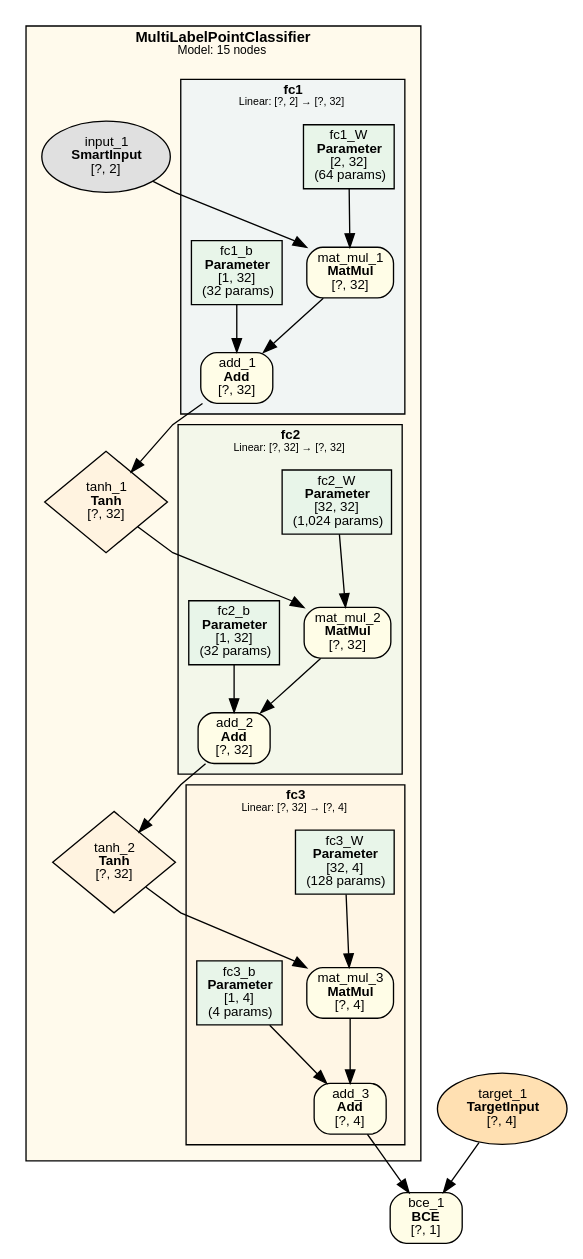
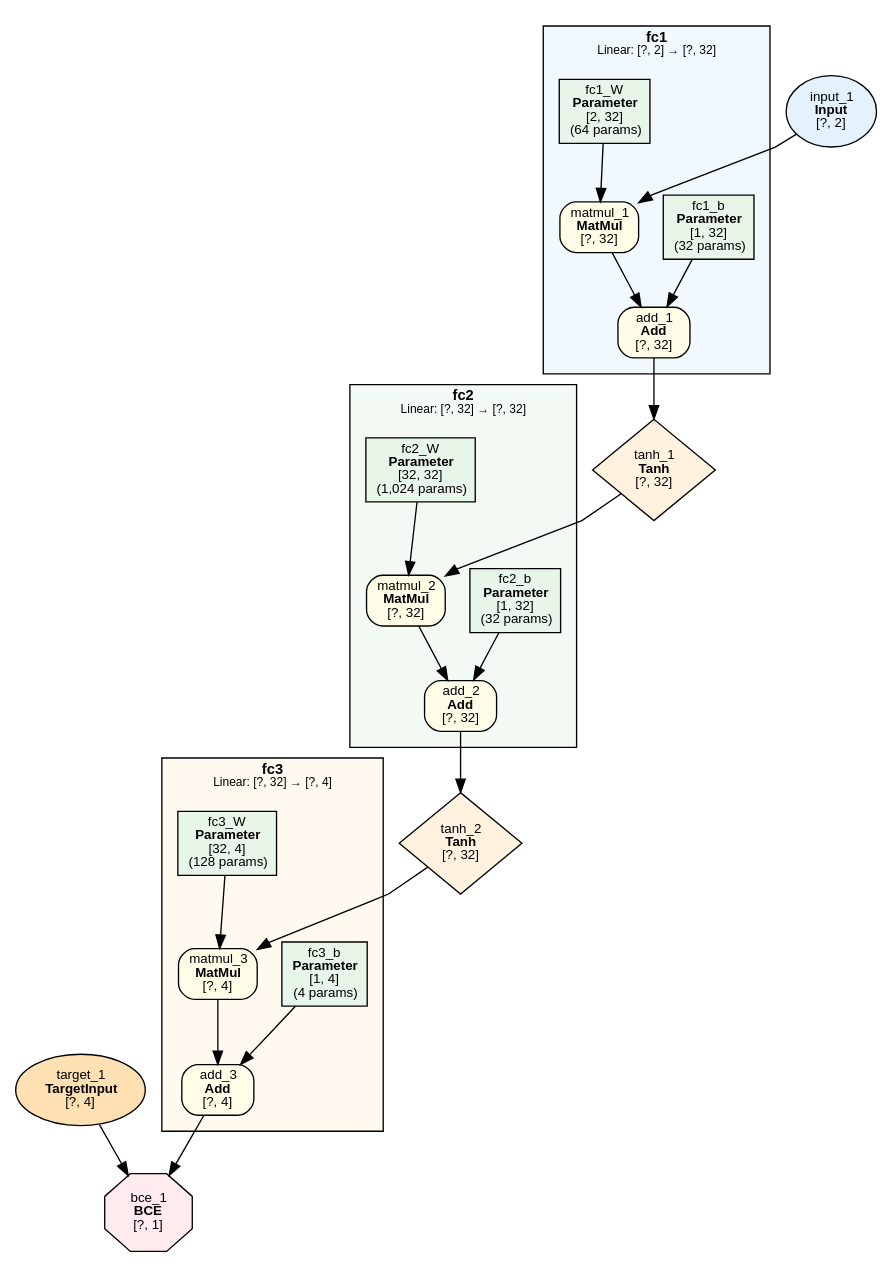
Before and after one commit to dbsxdbsx/only_torch: the diagram in examples/multi_label_point/multi_label_point.dot, drawn with Graphviz. The commit also changed 17 other files, not shown here.

```diff
--- a/examples/multi_label_point/multi_label_point.dot
+++ b/examples/multi_label_point/multi_label_point.dot
@@ -1,75 +1,69 @@
-digraph Model {
+digraph ComputeGraph {
     rankdir=TB;
     newrank=true;
     splines=polyline;
     node [fontname="Microsoft YaHei,SimHei,Arial"];
     edge [fontname="Microsoft YaHei,SimHei,Arial"];
 
-    subgraph cluster_MultiLabelPointClassifier {
-        label=<<B>MultiLabelPointClassifier</B><BR/><FONT POINT-SIZE="9">Model: 15 nodes</FONT>>;
+    subgraph cluster_fc1 {
+        label=<<B>fc1</B><BR/><FONT POINT-SIZE="9">Linear: [?, 2] → [?, 32]</FONT>>;
         style=filled;
-        fillcolor="#FFECB340";
+        fillcolor="#E3F2FD80";
         fontname="Microsoft YaHei,SimHei,Arial";
         fontsize=11;
         margin=12;
-        subgraph cluster_MultiLabelPointClassifier_fc1 {
-            label=<<B>fc1</B><BR/><FONT POINT-SIZE="8">Linear: [?, 2] → [?, 32]</FONT>>;
-            style=filled;
-            fillcolor="#E3F2FD80";
-            fontname="Microsoft YaHei,SimHei,Arial";
-            fontsize=10;
-            margin=8;
+            "2219" [label=<add_1<BR/><B>Add</B><BR/>[?, 32]> shape=box style="filled,rounded" fillcolor="#FFFDE7" fontsize=10];
+            "2218" [label=<matmul_1<BR/><B>MatMul</B><BR/>[?, 32]> shape=box style="filled,rounded" fillcolor="#FFFDE7" fontsize=10];
+            "2" [label=<fc1_b<BR/><B>Parameter</B><BR/>[1, 32]<BR/>(32 params)> shape=box style=filled fillcolor="#E8F5E9" fontsize=10];
             "1" [label=<fc1_W<BR/><B>Parameter</B><BR/>[2, 32]<BR/>(64 params)> shape=box style=filled fillcolor="#E8F5E9" fontsize=10];
-            "2" [label=<fc1_b<BR/><B>Parameter</B><BR/>[1, 32]<BR/>(32 params)> shape=box style=filled fillcolor="#E8F5E9" fontsize=10];
-            "8" [label=<mat_mul_1<BR/><B>MatMul</B><BR/>[?, 32]> shape=box style="filled,rounded" fillcolor="#FFFDE7" fontsize=10];
-            "9" [label=<add_1<BR/><B>Add</B><BR/>[?, 32]> shape=box style="filled,rounded" fillcolor="#FFFDE7" fontsize=10];
-        }
-        subgraph cluster_MultiLabelPointClassifier_fc2 {
-            label=<<B>fc2</B><BR/><FONT POINT-SIZE="8">Linear: [?, 32] → [?, 32]</FONT>>;
-            style=filled;
-            fillcolor="#E8F5E980";
-            fontname="Microsoft YaHei,SimHei,Arial";
-            fontsize=10;
-            margin=8;
-            "3" [label=<fc2_W<BR/><B>Parameter</B><BR/>[32, 32]<BR/>(1,024 params)> shape=box style=filled fillcolor="#E8F5E9" fontsize=10];
-            "4" [label=<fc2_b<BR/><B>Parameter</B><BR/>[1, 32]<BR/>(32 params)> shape=box style=filled fillcolor="#E8F5E9" fontsize=10];
-            "11" [label=<mat_mul_2<BR/><B>MatMul</B><BR/>[?, 32]> shape=box style="filled,rounded" fillcolor="#FFFDE7" fontsize=10];
-            "12" [label=<add_2<BR/><B>Add</B><BR/>[?, 32]> shape=box style="filled,rounded" fillcolor="#FFFDE7" fontsize=10];
-        }
-        subgraph cluster_MultiLabelPointClassifier_fc3 {
-            label=<<B>fc3</B><BR/><FONT POINT-SIZE="8">Linear: [?, 32] → [?, 4]</FONT>>;
-            style=filled;
-            fillcolor="#FFF3E080";
-            fontname="Microsoft YaHei,SimHei,Arial";
-            fontsize=10;
-            margin=8;
-            "5" [label=<fc3_W<BR/><B>Parameter</B><BR/>[32, 4]<BR/>(128 params)> shape=box style=filled fillcolor="#E8F5E9" fontsize=10];
-            "6" [label=<fc3_b<BR/><B>Parameter</B><BR/>[1, 4]<BR/>(4 params)> shape=box style=filled fillcolor="#E8F5E9" fontsize=10];
-            "14" [label=<mat_mul_3<BR/><B>MatMul</B><BR/>[?, 4]> shape=box style="filled,rounded" fillcolor="#FFFDE7" fontsize=10];
-            "15" [label=<add_3<BR/><B>Add</B><BR/>[?, 4]> shape=box style="filled,rounded" fillcolor="#FFFDE7" fontsize=10];
-        }
-            "7" [label=<input_1<BR/><B>SmartInput</B><BR/>[?, 2]> shape=ellipse style=filled fillcolor="#E0E0E0" fontsize=10];
-            "10" [label=<tanh_1<BR/><B>Tanh</B><BR/>[?, 32]> shape=diamond style=filled fillcolor="#FFF3E0" fontsize=10];
-            "13" [label=<tanh_2<BR/><B>Tanh</B><BR/>[?, 32]> shape=diamond style=filled fillcolor="#FFF3E0" fontsize=10];
     }
 
-    "16" [label=<target_1<BR/><B>TargetInput</B><BR/>[?, 4]> shape=ellipse style=filled fillcolor="#FFE0B2" fontsize=10];
-    "17" [label=<bce_1<BR/><B>BCE</B><BR/>[?, 1]> shape=box style="filled,rounded" fillcolor="#FFFDE7" fontsize=10];
+    subgraph cluster_fc2 {
+        label=<<B>fc2</B><BR/><FONT POINT-SIZE="9">Linear: [?, 32] → [?, 32]</FONT>>;
+        style=filled;
+        fillcolor="#E8F5E980";
+        fontname="Microsoft YaHei,SimHei,Arial";
+        fontsize=11;
+        margin=12;
+            "2222" [label=<add_2<BR/><B>Add</B><BR/>[?, 32]> shape=box style="filled,rounded" fillcolor="#FFFDE7" fontsize=10];
+            "2221" [label=<matmul_2<BR/><B>MatMul</B><BR/>[?, 32]> shape=box style="filled,rounded" fillcolor="#FFFDE7" fontsize=10];
+            "4" [label=<fc2_b<BR/><B>Parameter</B><BR/>[1, 32]<BR/>(32 params)> shape=box style=filled fillcolor="#E8F5E9" fontsize=10];
+            "3" [label=<fc2_W<BR/><B>Parameter</B><BR/>[32, 32]<BR/>(1,024 params)> shape=box style=filled fillcolor="#E8F5E9" fontsize=10];
+    }
 
-    "7" -> "8";
-    "1" -> "8";
-    "8" -> "9";
-    "2" -> "9";
-    "9" -> "10";
-    "10" -> "11";
-    "3" -> "11";
-    "11" -> "12";
-    "4" -> "12";
-    "12" -> "13";
-    "13" -> "14";
-    "5" -> "14";
-    "14" -> "15";
-    "6" -> "15";
-    "15" -> "17";
-    "16" -> "17";
+    subgraph cluster_fc3 {
+        label=<<B>fc3</B><BR/><FONT POINT-SIZE="9">Linear: [?, 32] → [?, 4]</FONT>>;
+        style=filled;
+        fillcolor="#FFF3E080";
+        fontname="Microsoft YaHei,SimHei,Arial";
+        fontsize=11;
+        margin=12;
+            "2225" [label=<add_3<BR/><B>Add</B><BR/>[?, 4]> shape=box style="filled,rounded" fillcolor="#FFFDE7" fontsize=10];
+            "2224" [label=<matmul_3<BR/><B>MatMul</B><BR/>[?, 4]> shape=box style="filled,rounded" fillcolor="#FFFDE7" fontsize=10];
+            "6" [label=<fc3_b<BR/><B>Parameter</B><BR/>[1, 4]<BR/>(4 params)> shape=box style=filled fillcolor="#E8F5E9" fontsize=10];
+            "5" [label=<fc3_W<BR/><B>Parameter</B><BR/>[32, 4]<BR/>(128 params)> shape=box style=filled fillcolor="#E8F5E9" fontsize=10];
+    }
+
+    "2227" [label=<bce_1<BR/><B>BCE</B><BR/>[?, 1]> shape=octagon style=filled fillcolor="#FFEBEE" fontsize=10];
+    "2226" [label=<target_1<BR/><B>TargetInput</B><BR/>[?, 4]> shape=ellipse style=filled fillcolor="#FFE0B2" fontsize=10];
+    "2223" [label=<tanh_2<BR/><B>Tanh</B><BR/>[?, 32]> shape=diamond style=filled fillcolor="#FFF3E0" fontsize=10];
+    "2220" [label=<tanh_1<BR/><B>Tanh</B><BR/>[?, 32]> shape=diamond style=filled fillcolor="#FFF3E0" fontsize=10];
+    "2217" [label=<input_1<BR/><B>Input</B><BR/>[?, 2]> shape=ellipse style=filled fillcolor="#E3F2FD" fontsize=10];
+
+    "2225" -> "2227";
+    "2226" -> "2227";
+    "2224" -> "2225";
+    "6" -> "2225";
+    "2223" -> "2224";
+    "5" -> "2224";
+    "2222" -> "2223";
+    "2221" -> "2222";
+    "4" -> "2222";
+    "2220" -> "2221";
+    "3" -> "2221";
+    "2219" -> "2220";
+    "2218" -> "2219";
+    "2" -> "2219";
+    "2217" -> "2218";
+    "1" -> "2218";
 }
```
